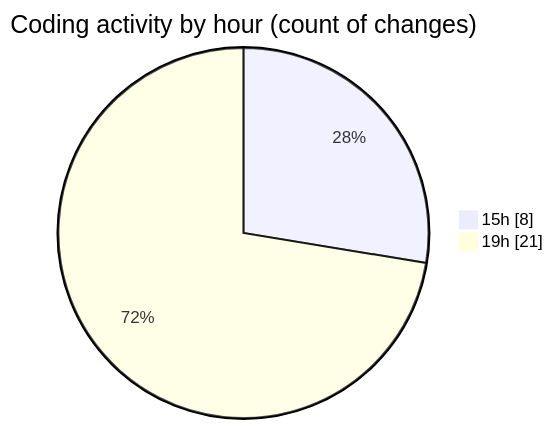
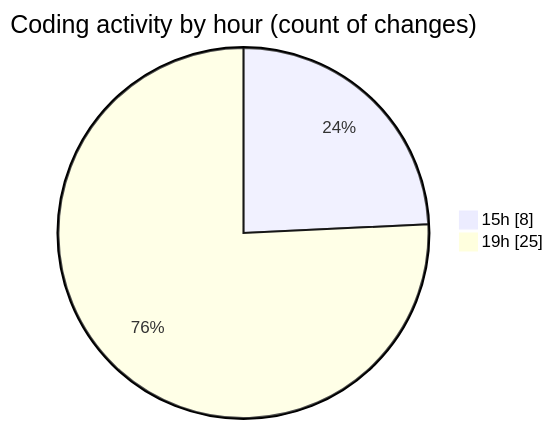
One commit to Ritupan-Deka/code-tracking changed the second of 2 diagrams in 2025-01-26/search/README.md. Above: the diagram before and after it, drawn with Mermaid. The commit also changed other lines of this file and 1 other file, not shown here.

````diff
--- a/2025-01-26/search/README.md
+++ b/2025-01-26/search/README.md
@@ -31,6 +31,6 @@
 ```mermaid
 pie showData
 title Coding activity by hour (count of changes)
 "15h" : 8
-"19h" : 21
+"19h" : 25
 ```
````
